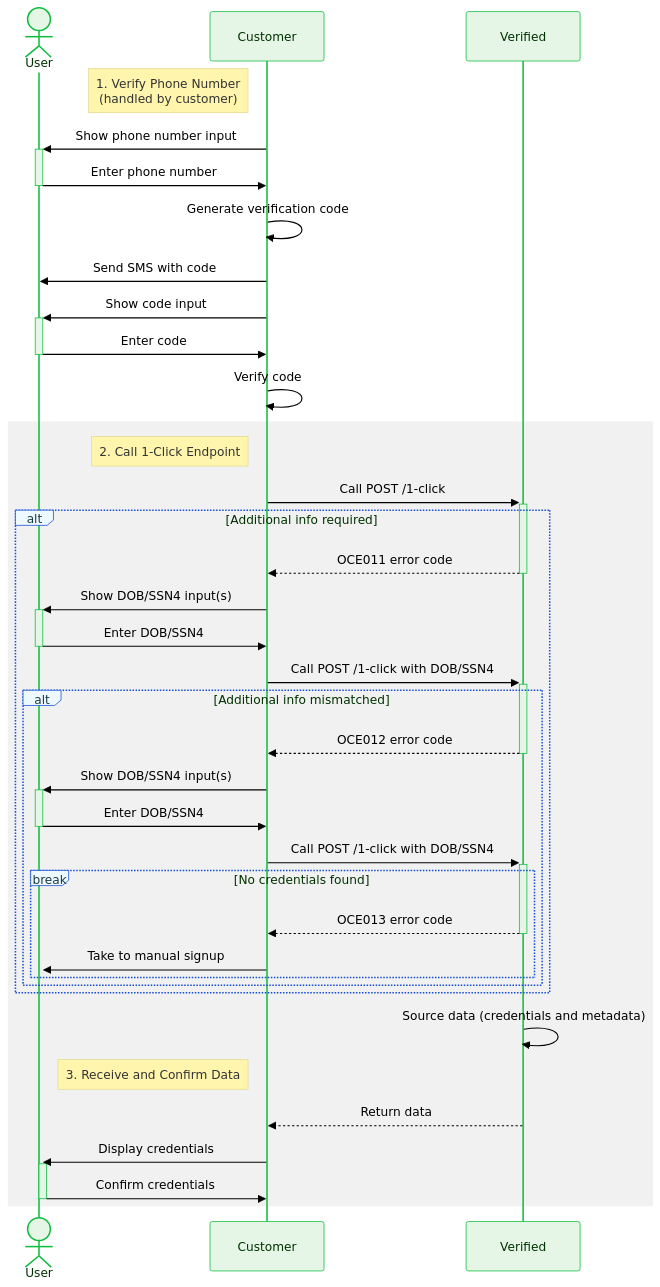
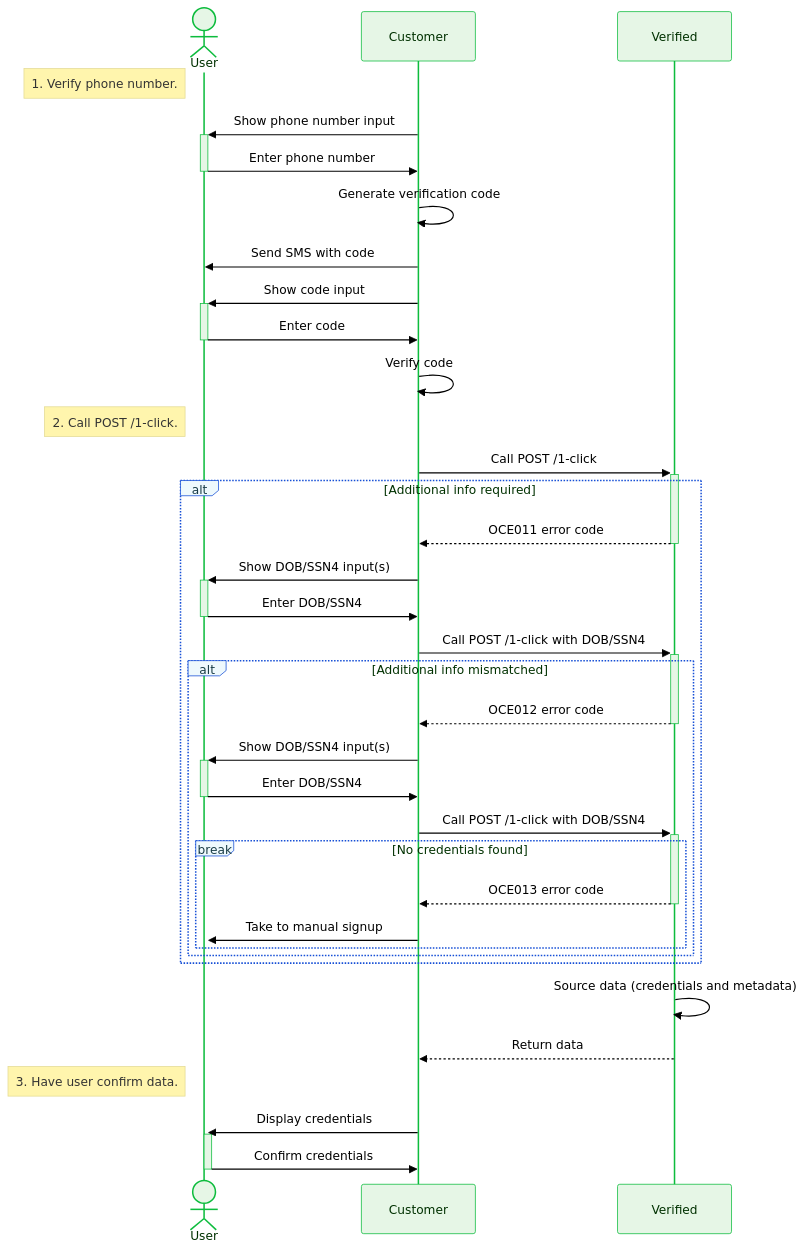
One commit to VerifiedInc/VerifiedInc.github.io changed the diagram in versioned_docs/version-2.1/reusables/sequence-diagram-api.mdx. Above: the diagram before and after it, drawn with Mermaid. The commit also changed 17 other files, not shown here.

````diff
--- a/versioned_docs/version-2.1/reusables/sequence-diagram-api.mdx
+++ b/versioned_docs/version-2.1/reusables/sequence-diagram-api.mdx
@@ -1,61 +1,59 @@
 ```mermaid
 %%{
     init: {
     'theme': 'base',
     'themeVariables': {
         'primaryColor': '#e6f6e6',
         'primaryTextColor': '#003100',
         'primaryBorderColor': '#0dbc3d',
         'secondaryColor': '#eef9fd',
         'secondaryTextColor': '#193c47',
         'secondaryBorderColor': '#164fd6',
         'activationBkgColor': '#e6f6e6',
         'activationBorderColor': '#0dbc3d',
         'labelBoxBkgColor': '#eef9fd',
         'labelBoxBorderColor': '#164fd6',
         'labelTextColor': '#193c47',
         'edgeLabelBackground': '#ffffff',
         'textColor': '#000000',
         'fontFamily': 'Lato'
     }
 }
 }%%
 sequenceDiagram
     actor U as User
     participant C as Customer
     participant V as Verified
 
-    Note left of C: 1. Verify Phone Number <br/> (handled by customer)
+    Note left of U: 1. Verify phone number.
     C ->>+ U: Show phone number input
     U ->>- C: Enter phone number
     C ->> C: Generate verification code
     C ->> U: Send SMS with code
     C ->>+ U: Show code input
     U ->>- C: Enter code
     C ->> C: Verify code
-    rect rgb(200,200,200,0.25)
-        Note left of C: 2. Call 1-Click Endpoint
-        C ->>+ V: Call POST /1-click
-        alt Additional info required
-            V -->>- C: OCE011 error code
+    Note left of U: 2. Call POST /1-click.
+    C ->>+ V: Call POST /1-click
+    alt Additional info required
+        V -->>- C: OCE011 error code
+        C ->>+ U: Show DOB/SSN4 input(s)
+        U ->>- C: Enter DOB/SSN4
+        C ->>+ V: Call POST /1-click with DOB/SSN4
+        alt Additional info mismatched
+            V -->>- C: OCE012 error code
             C ->>+ U: Show DOB/SSN4 input(s)
             U ->>- C: Enter DOB/SSN4
             C ->>+ V: Call POST /1-click with DOB/SSN4
-            alt Additional info mismatched
-                V -->>- C: OCE012 error code
-                C ->>+ U: Show DOB/SSN4 input(s)
-                U ->>- C: Enter DOB/SSN4
-                C ->>+ V: Call POST /1-click with DOB/SSN4
-                break No credentials found
-                    V -->>- C: OCE013 error code
-                    C ->>+ U: Take to manual signup
-                end
+            break No credentials found
+                V -->>- C: OCE013 error code
+                C ->>+ U: Take to manual signup
             end
         end
-        V ->> V: Source data (credentials and metadata)
-        Note left of C: 3. Receive and Confirm Data
-        V -->> C: Return data
-        C ->>+ U: Display credentials
-        U ->>- C: Confirm credentials
     end
+    V ->> V: Source data (credentials and metadata)
+    V -->> C: Return data
+    Note left of U: 3. Have user confirm data.
+    C ->>+ U: Display credentials
+    U ->>- C: Confirm credentials
 ```
````
